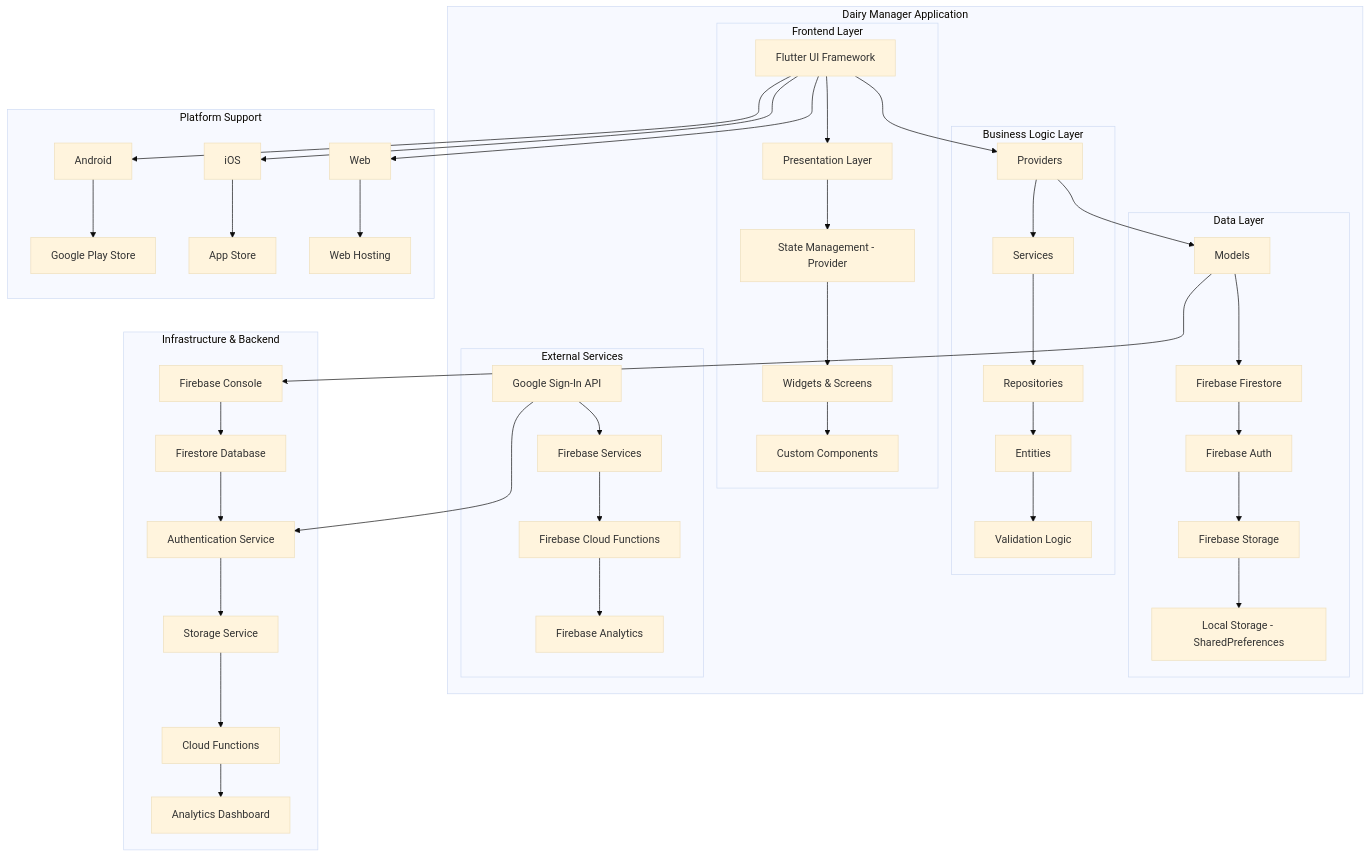
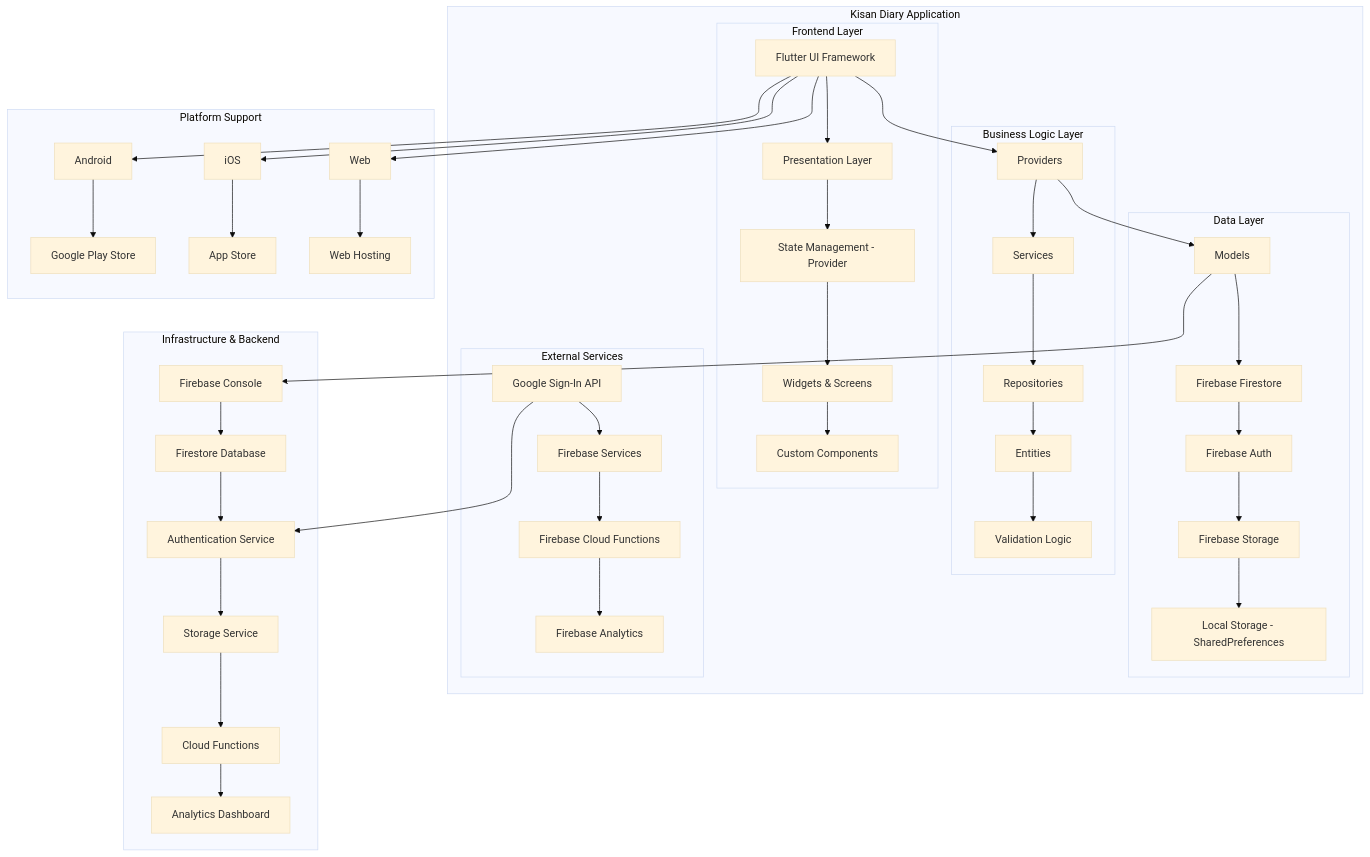
One commit to nextbharat-sic/agile6th_dairy_application changed the first of 8 diagrams in ARCHITECTURE_DIAGRAM.md. Above: the diagram before and after it, drawn with Mermaid (base theme). The commit also changed other lines of this file and 2 other files, not shown here.

Commit message:
Updated Technical Documentation, Readme, Architecture Diagram File

````diff
--- a/ARCHITECTURE_DIAGRAM.md
+++ b/ARCHITECTURE_DIAGRAM.md
@@ -5,53 +5,53 @@
 ```mermaid
 graph TB
-    subgraph "Dairy Manager Application"
+    subgraph "Kisan Diary Application"
         subgraph "Frontend Layer"
             A[Flutter UI Framework] --> B[Presentation Layer]
             B --> C[State Management - Provider]
             C --> D[Widgets & Screens]
             D --> E[Custom Components]
         end
         
         subgraph "Business Logic Layer"
             F[Providers] --> G[Services]
             G --> H[Repositories]
             H --> I[Entities]
             I --> J[Validation Logic]
         end
         
         subgraph "Data Layer"
             K[Models] --> L[Firebase Firestore]
             L --> M[Firebase Auth]
             M --> N[Firebase Storage]
             N --> O[Local Storage - SharedPreferences]
         end
         
         subgraph "External Services"
             P[Google Sign-In API] --> Q[Firebase Services]
             Q --> R[Firebase Cloud Functions]
             R --> S[Firebase Analytics]
         end
     end
     
     subgraph "Infrastructure & Backend"
         T[Firebase Console] --> U[Firestore Database]
         U --> V[Authentication Service]
         V --> W[Storage Service]
         W --> X[Cloud Functions]
         X --> Y[Analytics Dashboard]
     end
     
     subgraph "Platform Support"
         Z[Android] --> AA[Google Play Store]
         BB[iOS] --> CC[App Store]
         DD[Web] --> EE[Web Hosting]
     end
     
     A --> F
     F --> K
     K --> T
     P --> V
     A --> Z
     A --> BB
     A --> DD
 ```
````
